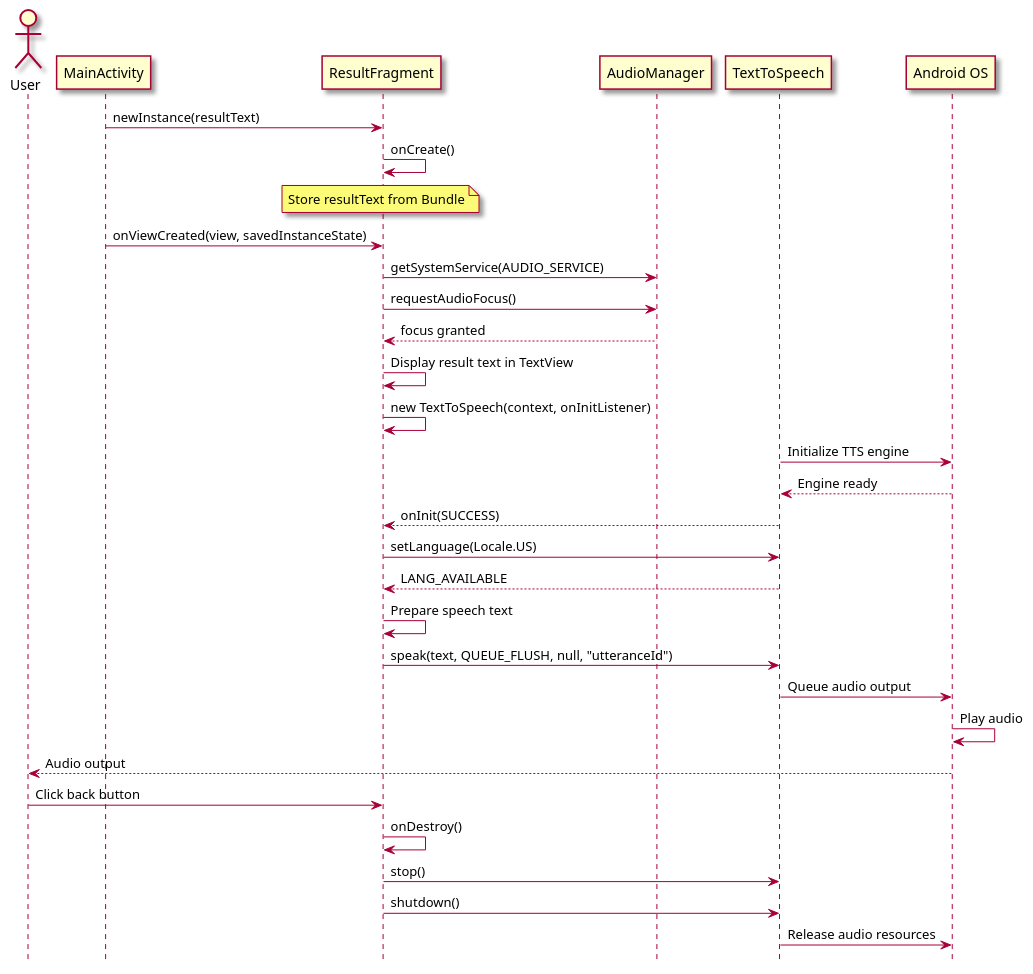
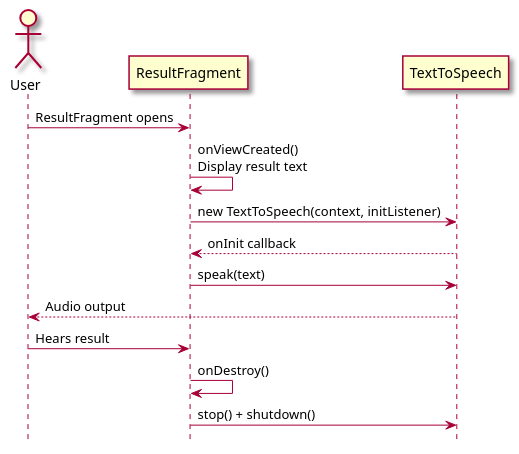
One commit to tonyh1306/OBRE-Vision-through-a-screen changed the second of 2 diagrams in intellij/doc/use-cases/speak-result-text.md. Above: the diagram before and after it, drawn with PlantUML. The commit also changed other lines of this file, not shown here.

Commit message:
Edits tts use case md

````diff
--- a/intellij/doc/use-cases/speak-result-text.md
+++ b/intellij/doc/use-cases/speak-result-text.md
@@ -75,47 +53,22 @@
 ```plantuml
 @startuml
 skin rose
 hide footbox
 
 actor User
-participant "MainActivity" as main
 participant "ResultFragment" as result
-participant "AudioManager" as audio
 participant "TextToSpeech" as tts
-participant "Android OS" as os
 
-main -> result: newInstance(resultText)
-result -> result: onCreate()
-note over result: Store resultText from Bundle
+User -> result: ResultFragment opens
+result -> result: onViewCreated()\nDisplay result text
+result -> tts: new TextToSpeech(context, initListener)
+tts --> result: onInit callback
+result -> tts: speak(text)
+tts --> User: Audio output
+User -> result: Hears result
 
-main -> result: onViewCreated(view, savedInstanceState)
-
-result -> audio: getSystemService(AUDIO_SERVICE)
-result -> audio: requestAudioFocus()
-audio --> result: focus granted
-
-result -> result: Display result text in TextView
-
-result -> result: new TextToSpeech(context, onInitListener)
-tts -> os: Initialize TTS engine
-os --> tts: Engine ready
-tts --> result: onInit(SUCCESS)
-
-result -> tts: setLanguage(Locale.US)
-tts --> result: LANG_AVAILABLE
-
-result -> result: Prepare speech text
-result -> tts: speak(text, QUEUE_FLUSH, null, "utteranceId")
-tts -> os: Queue audio output
-os -> os: Play audio
-os --> User: Audio output
-
-User -> result: Click back button
 result -> result: onDestroy()
-
-result -> tts: stop()
-result -> tts: shutdown()
-tts -> os: Release audio resources
+result -> tts: stop() + shutdown()
 
 @enduml
 ```
````
